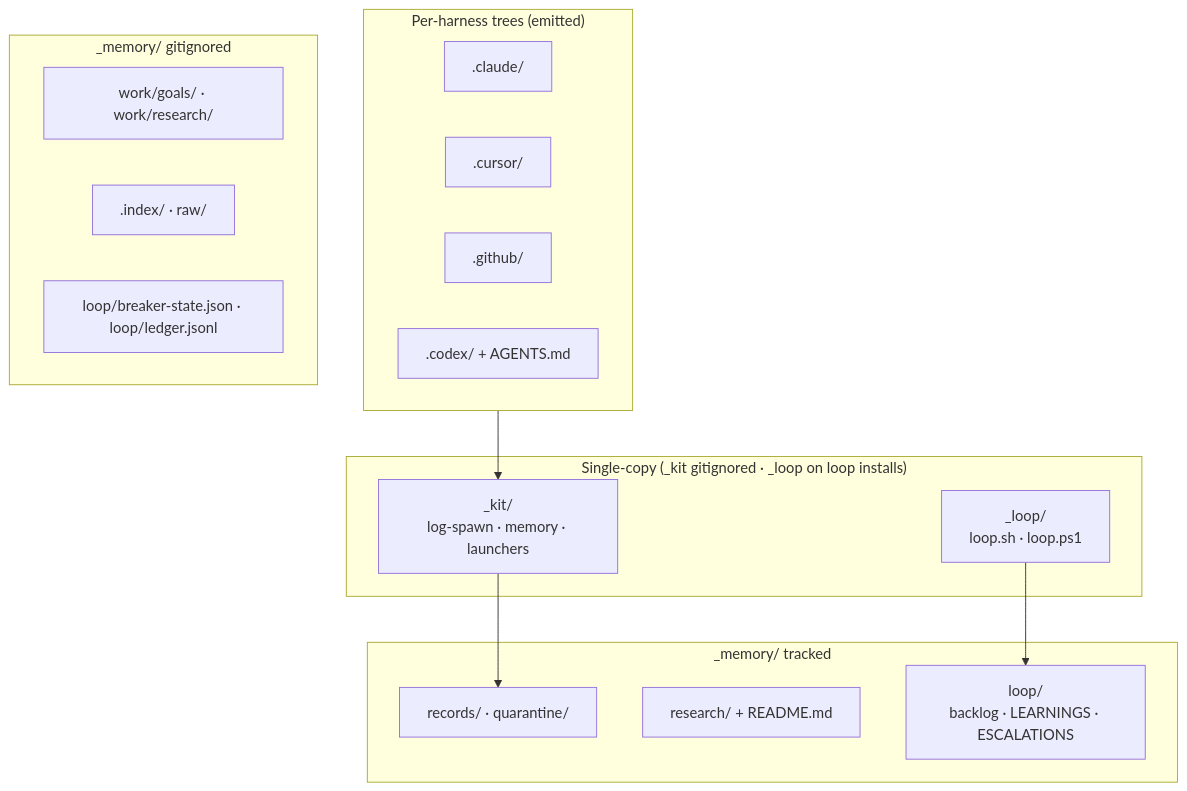
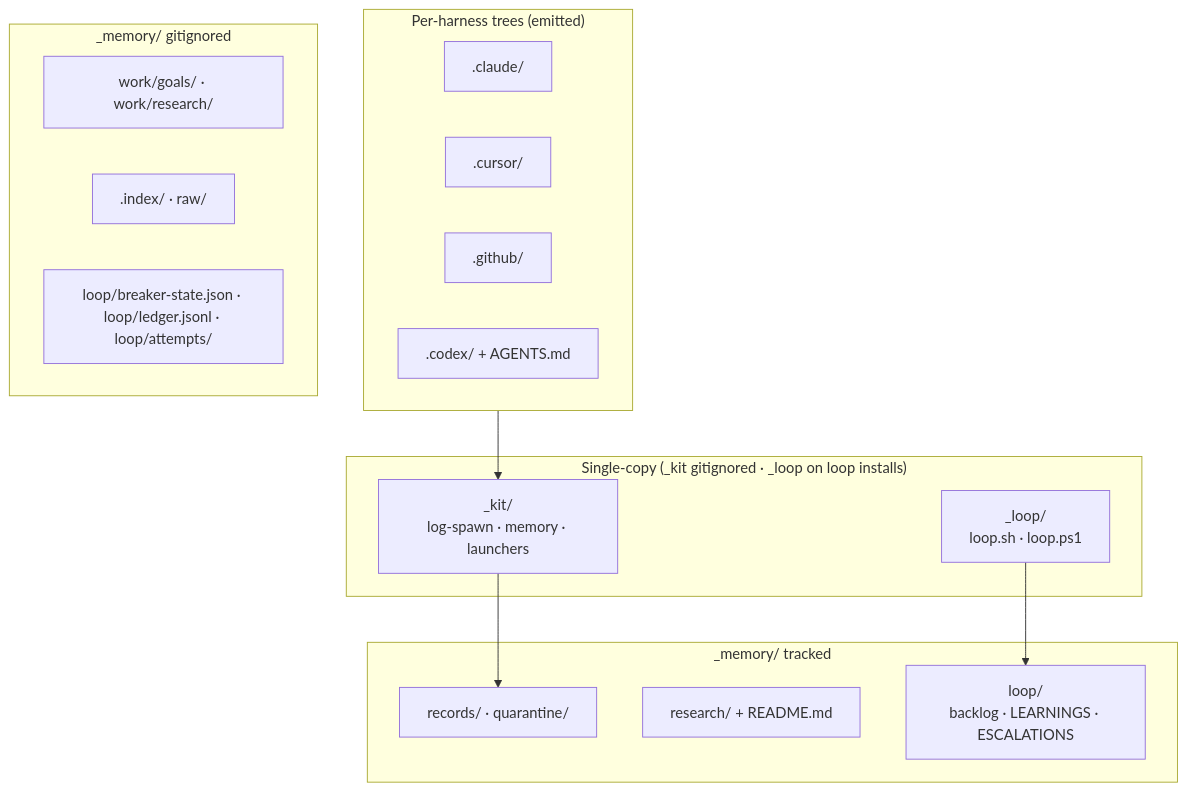
One commit to kdcllc/skills changed the fourth of 12 diagrams in docs/agent-kit/guide/architecture.md. Above: the diagram before and after it, drawn with Mermaid. The commit also changed other lines of this file and 132 other files, not shown here.

````diff
--- a/docs/agent-kit/guide/architecture.md
+++ b/docs/agent-kit/guide/architecture.md
@@ -100,30 +100,30 @@
 ```mermaid
 flowchart TD
     subgraph harnessTrees ["Per-harness trees (emitted)"]
         Claude[".claude/"]
         Cursor[".cursor/"]
         GitHub[".github/"]
         Codex[".codex/ + AGENTS.md"]
     end
 
     subgraph singleCopy ["Single-copy (_kit gitignored · _loop on loop installs)"]
         Kit["_kit/\nlog-spawn · memory · launchers"]
         Loop["_loop/\nloop.sh · loop.ps1"]
     end
 
     subgraph memTracked ["_memory/ tracked"]
         Rec["records/ · quarantine/"]
         ResIdx["research/ + README.md"]
         LoopMem["loop/\nbacklog · LEARNINGS · ESCALATIONS"]
     end
 
     subgraph memIgnored ["_memory/ gitignored"]
         Work["work/goals/ · work/research/"]
         Derive[".index/ · raw/"]
-        Brk["loop/breaker-state.json · loop/ledger.jsonl"]
+        Brk["loop/breaker-state.json · loop/ledger.jsonl · loop/attempts/"]
     end
 
     harnessTrees --> Kit
     Loop --> LoopMem
     Kit --> Rec
 ```
````
